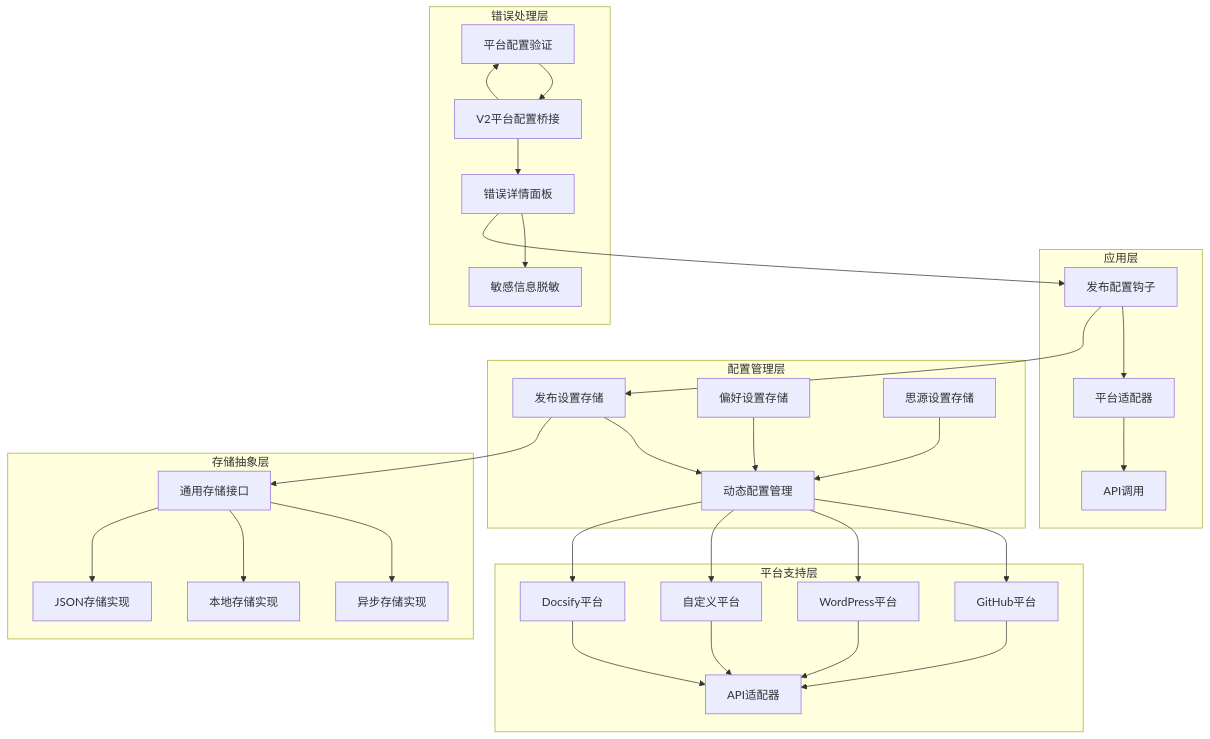
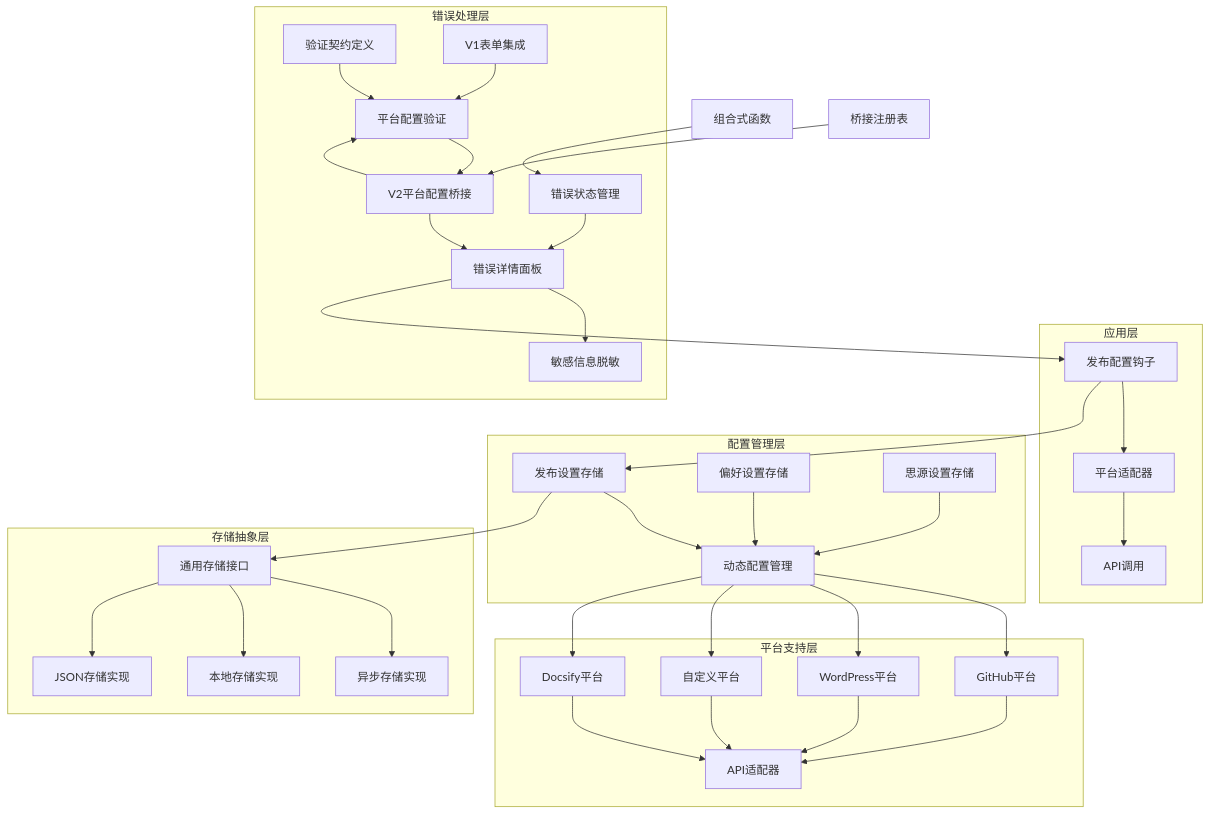
The second of 20 diagrams in .qoder/repowiki/zh/content/Platform Configuration System.md (terwer/siyuan-plugin-publisher), drawn with Mermaid before and after one commit. The commit also changed other lines of this file and 15 other files, not shown here.

````diff
--- a/.qoder/repowiki/zh/content/Platform Configuration System.md
+++ b/.qoder/repowiki/zh/content/Platform Configuration System.md
@@ -166,36 +176,41 @@
 ```mermaid
 graph TB
 subgraph "应用层"
 A[发布配置钩子] --> B[平台适配器]
 B --> C[API调用]
 end
 subgraph "配置管理层"
 D[发布设置存储] --> E[动态配置管理]
 F[偏好设置存储] --> E
 G[思源设置存储] --> E
 end
 subgraph "存储抽象层"
 H[通用存储接口] --> I[异步存储实现]
 H --> J[本地存储实现]
 H --> K[JSON存储实现]
 end
 subgraph "平台支持层"
 L[GitHub平台] --> M[API适配器]
 N[WordPress平台] --> M
 O[自定义平台] --> M
 P[Docsify平台] --> M
 end
 subgraph "错误处理层"
 Q[平台配置验证] --> R[V2平台配置桥接]
 R --> S[错误详情面板]
 S --> T[敏感信息脱敏]
+U[验证契约定义] --> Q
+V[错误状态管理] --> S
+W[V1表单集成] --> Q
 end
 A --> D
 D --> H
 E --> L
 E --> N
 E --> O
 E --> P
 R --> Q
 S --> A
+X[组合式函数] --> V
+Y[桥接注册表] --> R
 ```
````
